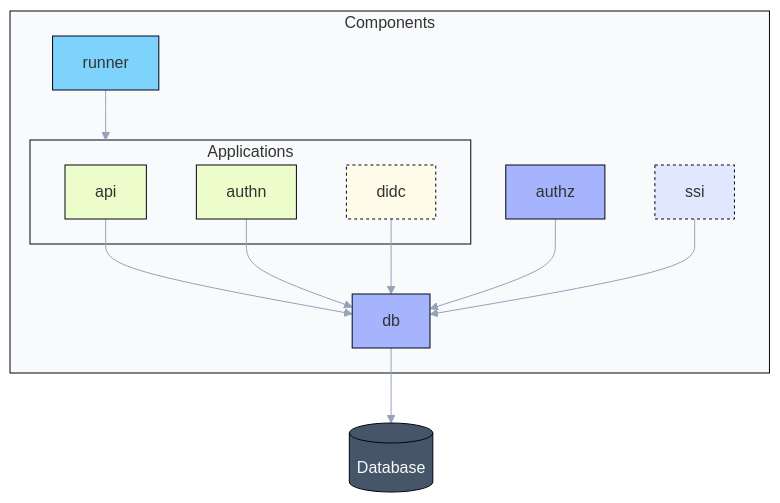
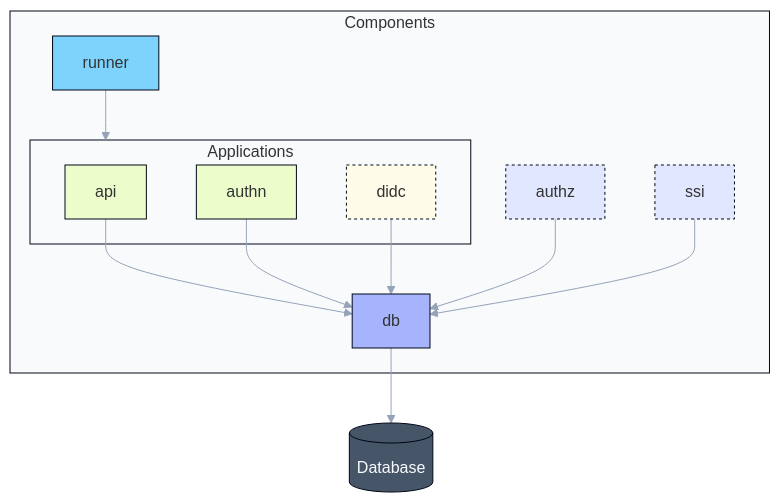
One commit to mist-id/mist changed the diagram in docs/development/overview/platform-architecture.mdx. Above: the diagram before and after it, drawn with Mermaid. The commit also changed 5 other files, not shown here.

````diff
--- a/docs/development/overview/platform-architecture.mdx
+++ b/docs/development/overview/platform-architecture.mdx
@@ -8,47 +8,47 @@
 ```mermaid
 %%{
   init: {
     'themeVariables': {
       'lineColor': '#94a3b8'
     }
   }
 }%%
 
 graph TD
   subgraph components[Components]
     subgraph apps[Applications]
       api
       authn
       didc
     end
 
     authz
     runner
     ssi
     db
   end
 
   runner --> apps
   api --> db
   authz --> db
   authn --> db
   ssi --> db
   didc --> db
   db --> database[(Database)]
 
   classDef group fill:#f8fafc,stroke:#020617;
   classDef runner fill:#7dd3fc,stroke:#020617;
   classDef app-current fill:#ecfccb,stroke:#020617;
   classDef app-future fill:#fefce8,stroke:#020617,stroke-dasharray:3;
   classDef component-current fill:#a5b4fc,stroke:#020617;
   classDef component-future fill:#e0e7ff,stroke:#020617,stroke-dasharray:3;
   classDef database fill:#475569,stroke:#020617,color:#f8fafc;
 
   class components,apps group;
   class runner runner;
   class api,authn app-current;
   class didc app-future;
-  class authz,db component-current;
-  class ssi component-future;
+  class db component-current;
+  class authz,ssi component-future;
   class database database;
 ```
````
